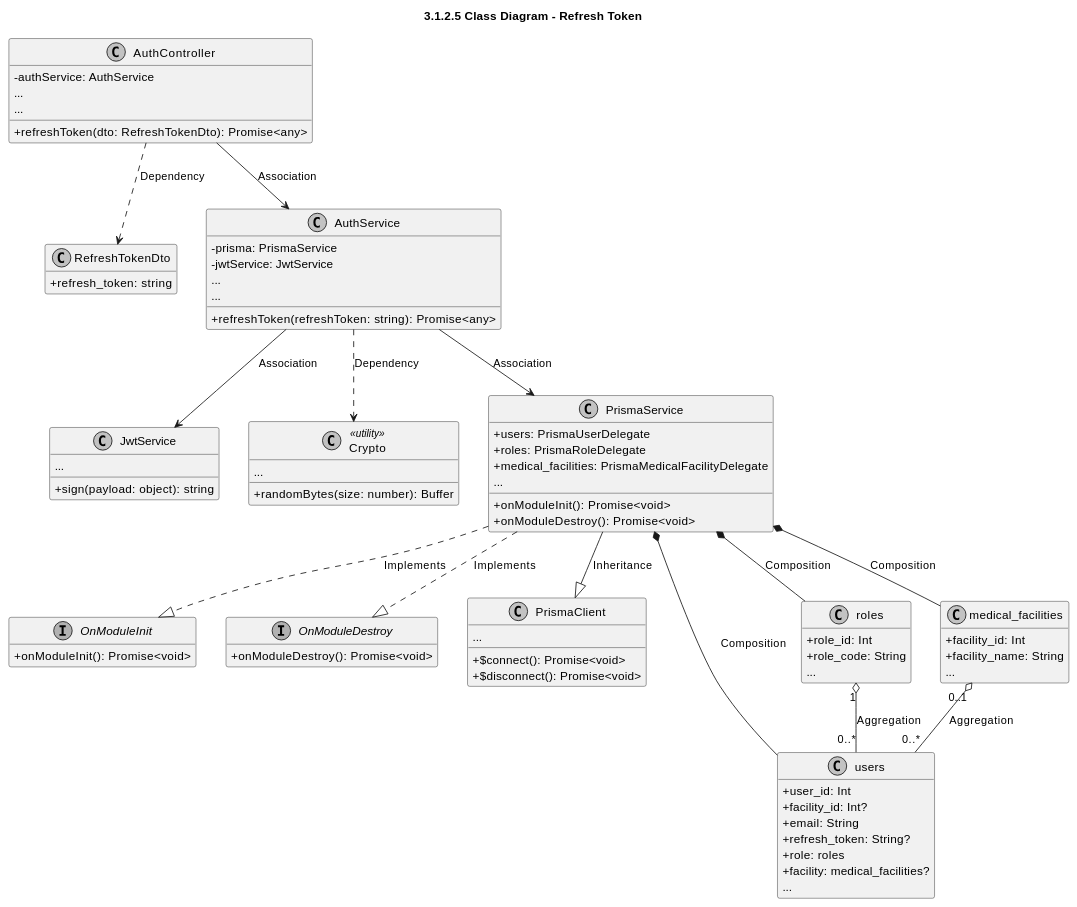
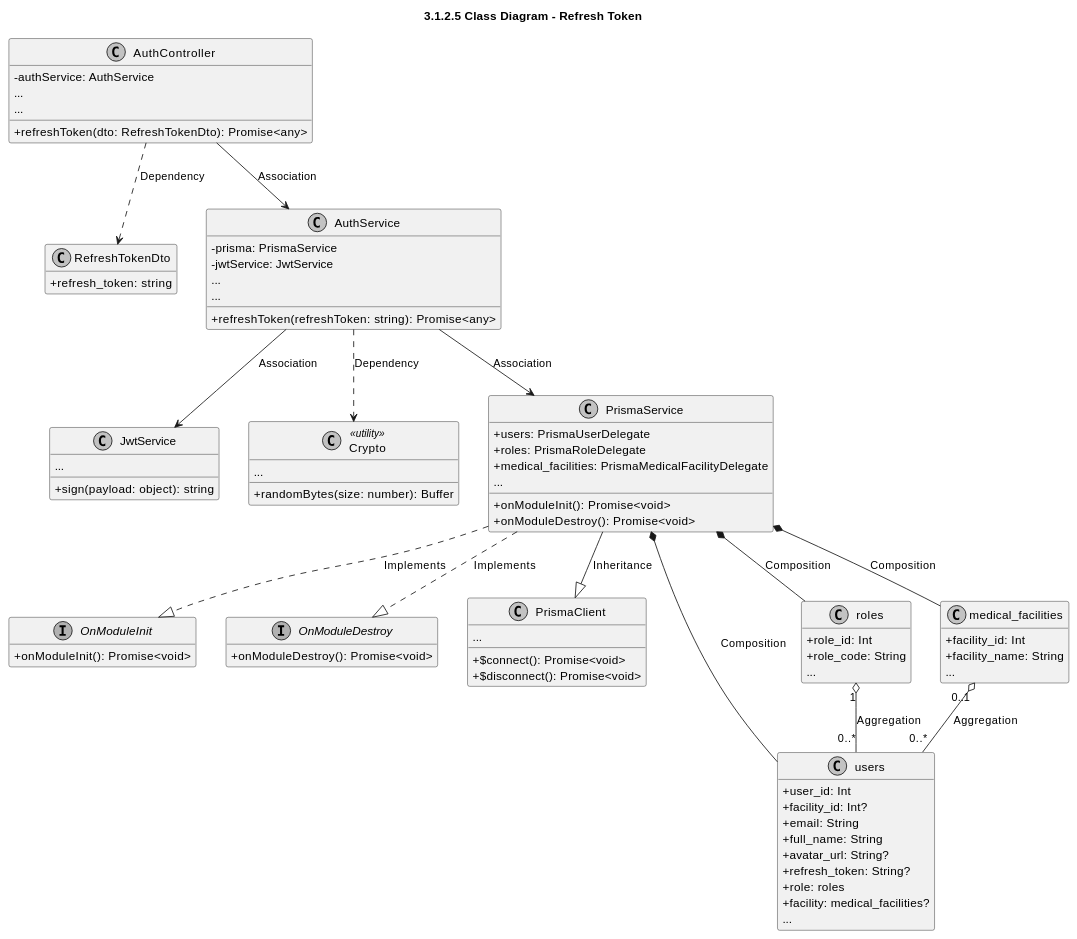
The sixth of 8 diagrams in modules_plantuml/01_auth.md (CuongBC195/class-diagram-donation-blood), drawn with PlantUML before and after one commit. The commit also changed other lines of this file and 39 other files, not shown here.

Commit message:
fix(diagrams): apply strict ellipsis rules and synchronize entity/DTO relationships across all 13 modules

```diff
--- a/modules_plantuml/01_auth.md
+++ b/modules_plantuml/01_auth.md
@@ -794,6 +845,8 @@
   +user_id: Int
   +facility_id: Int?
   +email: String
+  +full_name: String
+  +avatar_url: String?
   +refresh_token: String?
   +role: roles
   +facility: medical_facilities?
```
